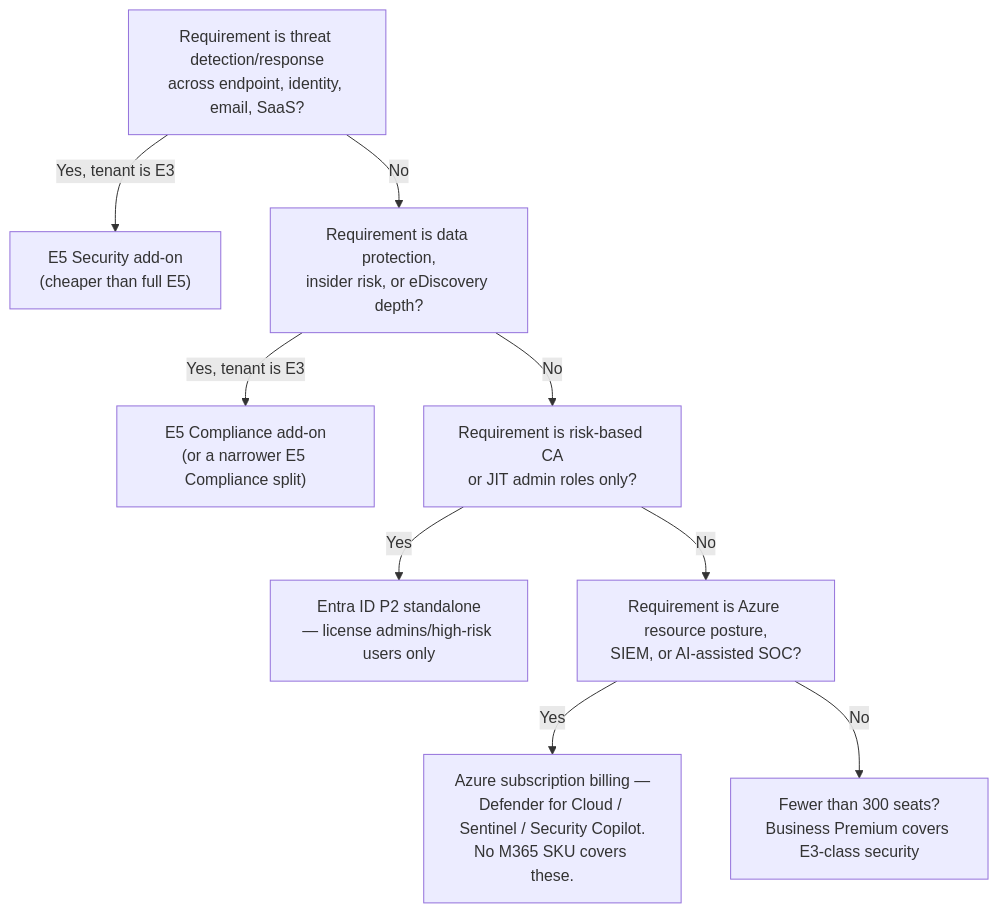
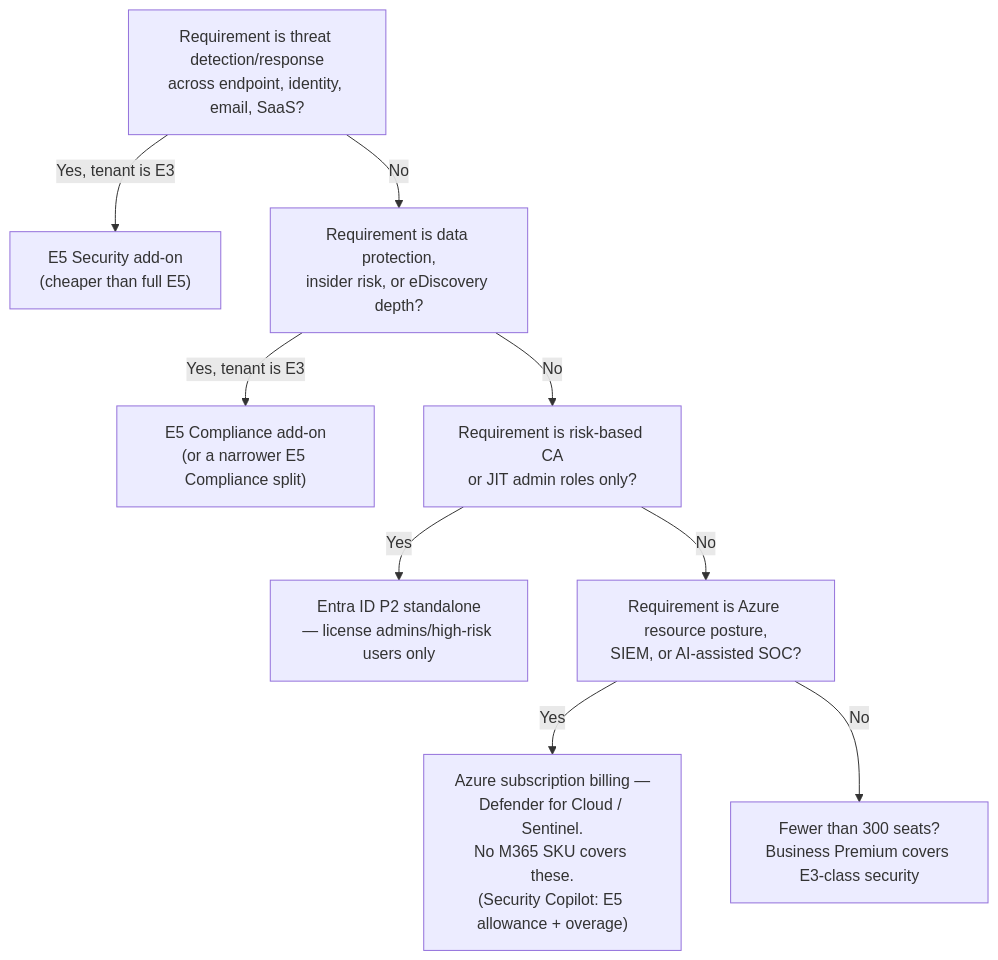
The second of 2 diagrams in 04 Applications/Microsoft 365 Licensing.md (DhruvKai/SC-100), drawn with Mermaid before and after one commit. The commit also changed other lines of this file and 27 other files, not shown here.

First line of the commit message:
Add patching, Defender for Cloud recommendations, and confidential computing notes; E3/E5 cheat sheet

````diff
--- a/04 Applications/Microsoft 365 Licensing.md
+++ b/04 Applications/Microsoft 365 Licensing.md
@@ -153,11 +183,11 @@
 ```mermaid
 flowchart TD
     Q1["Requirement is threat detection/response<br/>across endpoint, identity, email, SaaS?"] -->|Yes, tenant is E3| A1["E5 Security add-on<br/>(cheaper than full E5)"]
     Q1 -->|No| Q2["Requirement is data protection,<br/>insider risk, or eDiscovery depth?"]
     Q2 -->|Yes, tenant is E3| A2["E5 Compliance add-on<br/>(or a narrower E5 Compliance split)"]
     Q2 -->|No| Q3["Requirement is risk-based CA<br/>or JIT admin roles only?"]
     Q3 -->|Yes| A3["Entra ID P2 standalone<br/>— license admins/high-risk users only"]
     Q3 -->|No| Q4["Requirement is Azure resource posture,<br/>SIEM, or AI-assisted SOC?"]
-    Q4 -->|Yes| A4["Azure subscription billing —<br/>Defender for Cloud / Sentinel / Security Copilot.<br/>No M365 SKU covers these."]
+    Q4 -->|Yes| A4["Azure subscription billing —<br/>Defender for Cloud / Sentinel.<br/>No M365 SKU covers these.<br/>(Security Copilot: E5 allowance + overage)"]
     Q4 -->|No| A5["Fewer than 300 seats?<br/>Business Premium covers E3-class security"]
 ```
````
